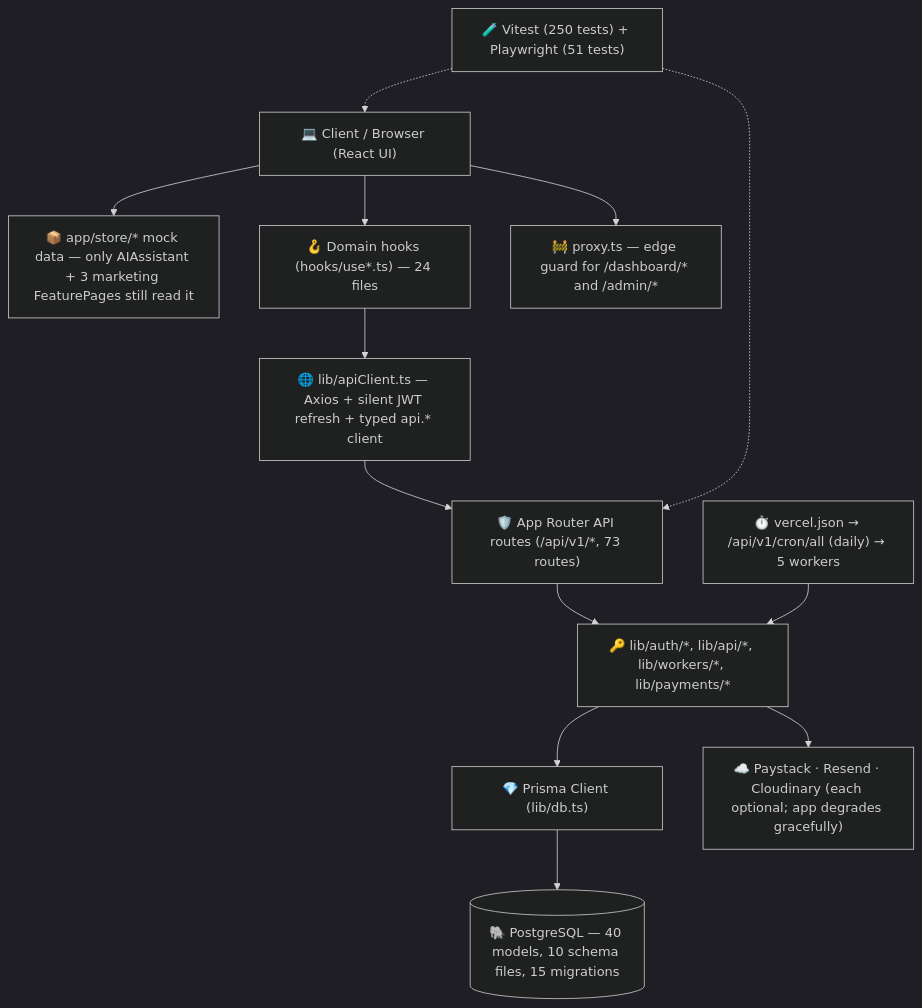
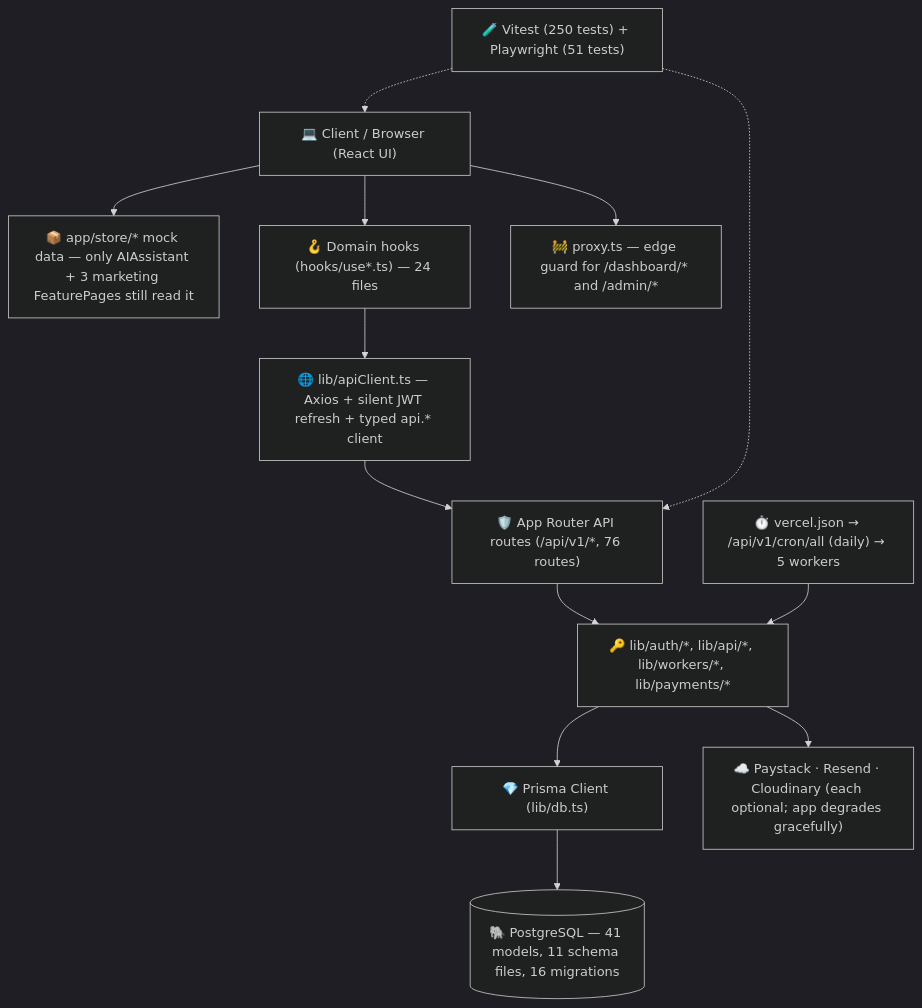
The diagram in PROJECT_STRUCTURE.md (Proplity/proplity), drawn with Mermaid (dark theme) before and after one commit. The commit also changed other lines of this file and 49 other files, not shown here.

````diff
--- a/PROJECT_STRUCTURE.md
+++ b/PROJECT_STRUCTURE.md
@@ -11,28 +11,28 @@
 ```mermaid
 graph TD
     Client["💻 Client / Browser (React UI)"]
     Store["📦 app/store/* mock data — only AIAssistant + 3 marketing FeaturePages still read it"]
     Hooks["🪝 Domain hooks (hooks/use*.ts) — 24 files"]
     ApiClient["🌐 lib/apiClient.ts — Axios + silent JWT refresh + typed api.* client"]
     Proxy["🚧 proxy.ts — edge guard for /dashboard/* and /admin/*"]
-    NextApi["🛡️ App Router API routes (/api/v1/*, 73 routes)"]
+    NextApi["🛡️ App Router API routes (/api/v1/*, 76 routes)"]
     LibCore["🔑 lib/auth/*, lib/api/*, lib/workers/*, lib/payments/*"]
     PrismaClient["💎 Prisma Client (lib/db.ts)"]
-    Postgres[("🐘 PostgreSQL — 40 models, 10 schema files, 15 migrations")]
+    Postgres[("🐘 PostgreSQL — 41 models, 11 schema files, 16 migrations")]
     Cron["⏱️ vercel.json → /api/v1/cron/all (daily) → 5 workers"]
     Ext["☁️ Paystack · Resend · Cloudinary (each optional; app degrades gracefully)"]
     Tests["🧪 Vitest (250 tests) + Playwright (51 tests)"]
 
     Client --> Store
     Client --> Proxy
     Client --> Hooks
     Hooks --> ApiClient
     ApiClient --> NextApi
     NextApi --> LibCore
     LibCore --> PrismaClient
     LibCore --> Ext
     Cron --> LibCore
     PrismaClient --> Postgres
     Tests -.-> NextApi
     Tests -.-> Client
 ```
````
